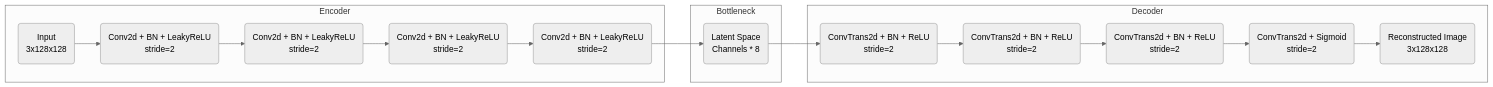
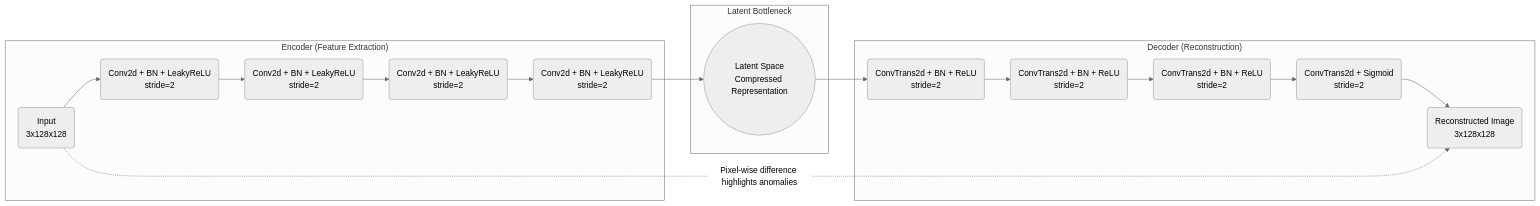
Before and after one commit to nm727/Anomaly-Detection-Autoencoder: the second of 2 diagrams in README.md, drawn with Mermaid (neutral theme). The commit also changed other lines of this file, not shown here.

````diff
--- a/README.md
+++ b/README.md
@@ -42,21 +51,23 @@
 ```mermaid
 graph LR
-    subgraph Encoder
+    subgraph "Encoder (Feature Extraction)"
     In(Input<br/>3x128x128) --> C1(Conv2d + BN + LeakyReLU<br/>stride=2)
     C1 --> C2(Conv2d + BN + LeakyReLU<br/>stride=2)
     C2 --> C3(Conv2d + BN + LeakyReLU<br/>stride=2)
     C3 --> C4(Conv2d + BN + LeakyReLU<br/>stride=2)
     end
 
-    subgraph Bottleneck
-    C4 --> Bot(Latent Space<br/>Channels * 8)
+    subgraph "Latent Bottleneck"
+    C4 --> Bot((Latent Space<br/>Compressed Representation))
     end
 
-    subgraph Decoder
+    subgraph "Decoder (Reconstruction)"
     Bot --> D1(ConvTrans2d + BN + ReLU<br/>stride=2)
     D1 --> D2(ConvTrans2d + BN + ReLU<br/>stride=2)
     D2 --> D3(ConvTrans2d + BN + ReLU<br/>stride=2)
     D3 --> D4(ConvTrans2d + Sigmoid<br/>stride=2)
     D4 --> Out(Reconstructed Image<br/>3x128x128)
     end
+
+    In -.->|Pixel-wise difference highlights anomalies| Out
 ```
````
